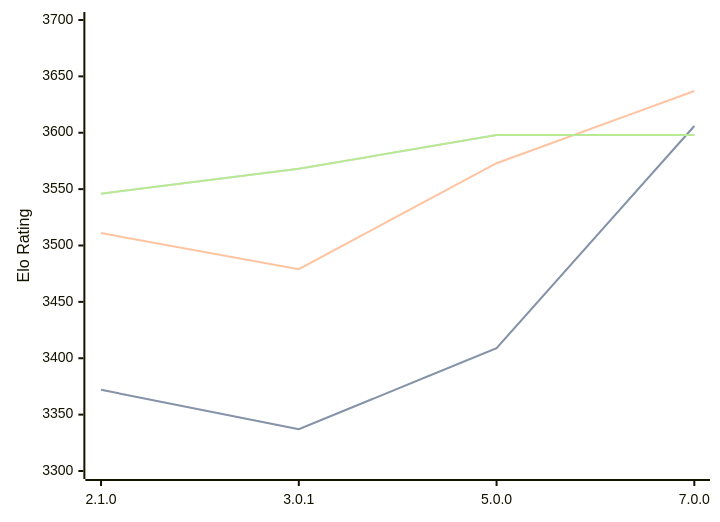
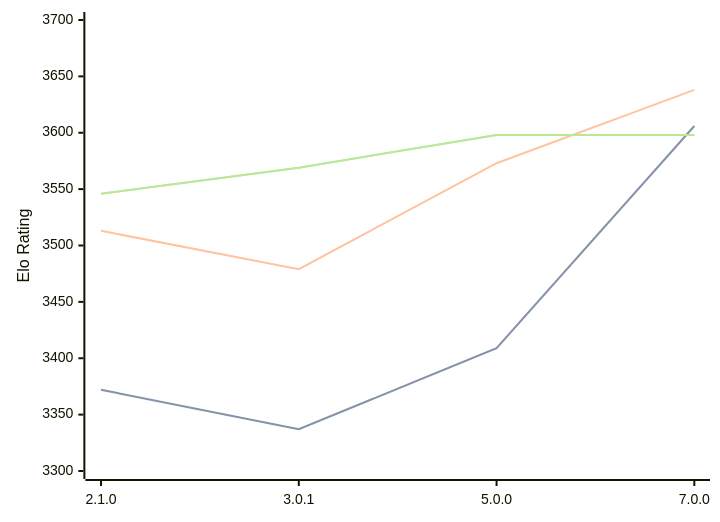
Before and after one commit to computer-chess-index/cci: the diagram in engines/PlentyChess.md, drawn with Mermaid. The commit also changed other lines of this file, not shown here.

Commit message:
Update CCI Ratings (ELO VLTC) - 2026-02-26

````diff
--- a/engines/PlentyChess.md
+++ b/engines/PlentyChess.md
@@ -43,11 +43,11 @@
 ```mermaid
 %%{init: {"theme":"base","themeVariables":{"seriesColors:['#a3a3a3','#222221','#faa371']}}}%%
 xychart-beta
   x-axis ["2.1.0", "3.0.1", "5.0.0", "7.0.0"]
   y-axis "Elo Rating" 3300 --> 3700
   line "STC (8.0+0.08s)" [3372, 3337, 3409, 3606]
   line "STC (8.0+0.08s)" [3372, 3337, 3409, 3606]
-  line "LTC (60.0+0.60s)" [3511, 3479, 3573, 3637]
-  line "VLTC (2m24s+1.12s)" [3546, 3568, 3598, 3598]
-  line "VLTC (2m24s+1.12s)" [3546, 3568, 3598, 3598]
+  line "LTC (60.0+0.60s)" [3513, 3479, 3573, 3638]
+  line "VLTC (2m24s+1.12s)" [3546, 3569, 3598, 3598]
+  line "VLTC (2m24s+1.12s)" [3546, 3569, 3598, 3598]
 ```
````
